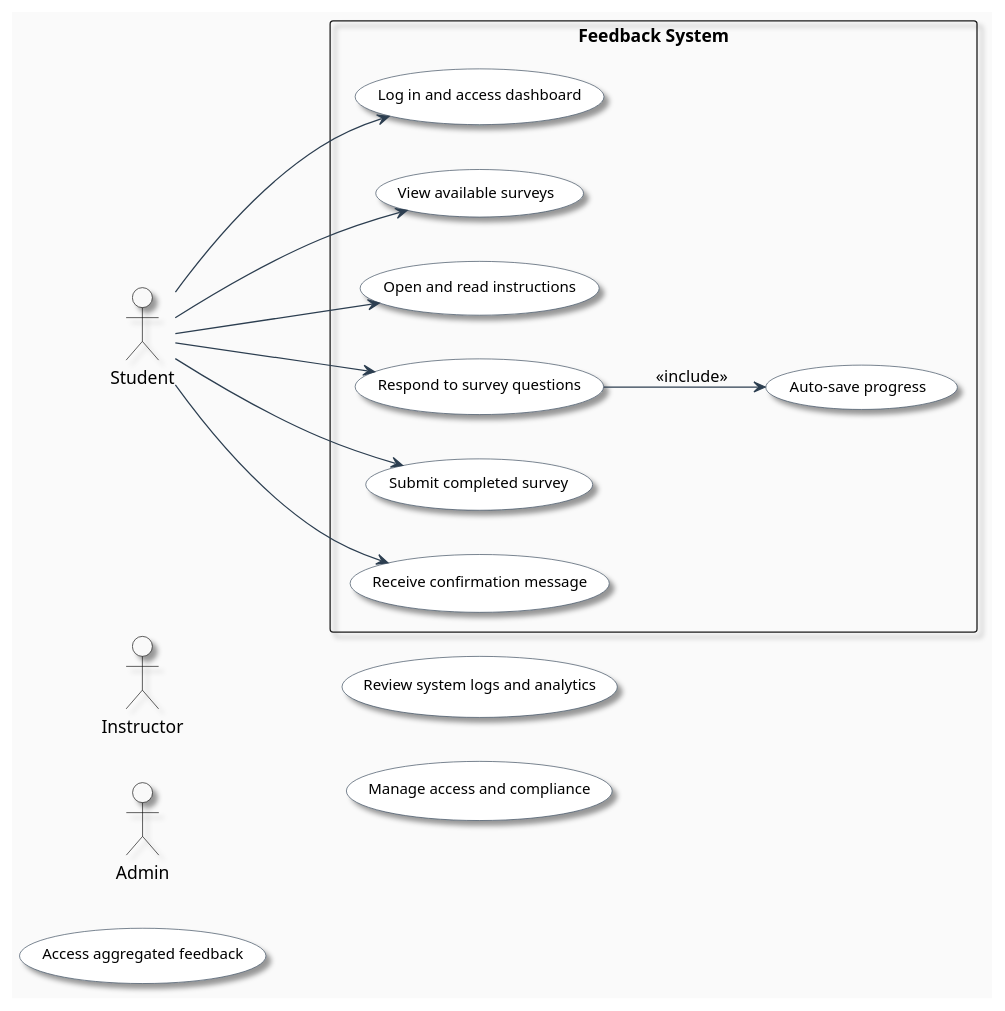
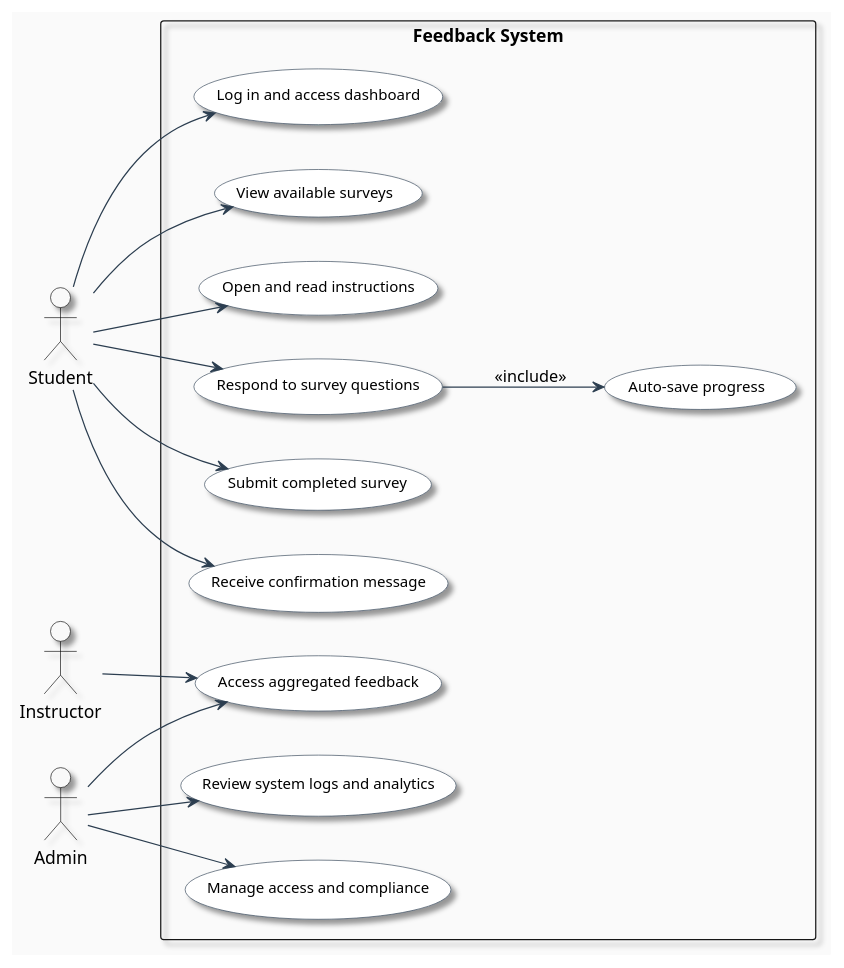
The diagram in doc/usecases/plantUML/tempUC-ProvideFeedback.puml (bahati7/MKB-cohort-2-Demo), drawn with PlantUML before and after one commit.

Commit message:
Added Instructor and Admin actors and their relationships
* Instructor Flow :
> The instructor is only involved in the UC_Review use case.

* Admin Flow:
> The admin is involved in UC_Review, UC_Logs, and UC_Privacy.

This indicates a broader set of responsibilities or permissions compared to the instructor.

```diff
--- a/doc/usecases/plantUML/tempUC-ProvideFeedback.puml
+++ b/doc/usecases/plantUML/tempUC-ProvideFeedback.puml
@@ -1,52 +1,61 @@
 @startuml provide_feedback_usecase
 
 left to right direction
 skinparam backgroundColor #FAFAFA
 skinparam shadowing true
 
 skinparam actor {
     BackgroundColor #f9f9f9
     BorderColor Black
     FontColor Black
     Shadowing true
 }
 
 skinparam usecase {
     BackgroundColor White
     BorderColor #2C3E50
     ArrowColor #2C3E50
     FontColor Black
     FontSize 12
     Shadowing true
     RoundCorner 20
 }
 
 actor Student
 actor Instructor
 actor Admin
 
 actor Student
 
 rectangle "Feedback System" {
     usecase UC_LoginDashboard as "Log in and access dashboard"
     usecase UC_ViewSurveys as "View available surveys"
     usecase UC_ReadInstructions as "Open and read instructions"
     usecase UC_Respond as "Respond to survey questions"
     usecase UC_AutoSave as "Auto-save progress"
     usecase UC_Submit as "Submit completed survey"
     usecase UC_Confirm as "Receive confirmation message"
 }
 ' Student Flow
 Student --> UC_LoginDashboard
 Student --> UC_ViewSurveys
 Student --> UC_ReadInstructions
 Student --> UC_Respond
 UC_Respond --> UC_AutoSave : <<include>>
 Student --> UC_Submit
 Student --> UC_Confirm
 
+rectangle "Feedback System" {
     usecase UC_Review as "Access aggregated feedback"
     usecase UC_Logs as "Review system logs and analytics"
     usecase UC_Privacy as "Manage access and compliance"
+}
+' Instructor Flow
+Instructor --> UC_Review
+
+' Admin Flow
+Admin --> UC_Review
+Admin --> UC_Logs
+Admin --> UC_Privacy
 
 @enduml
```
